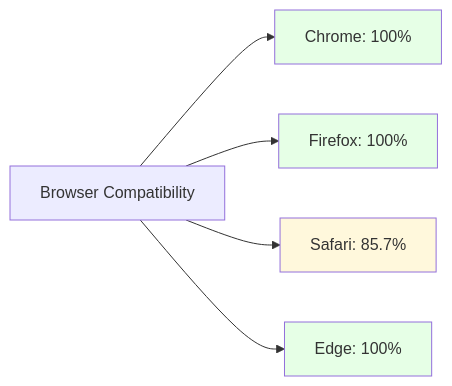
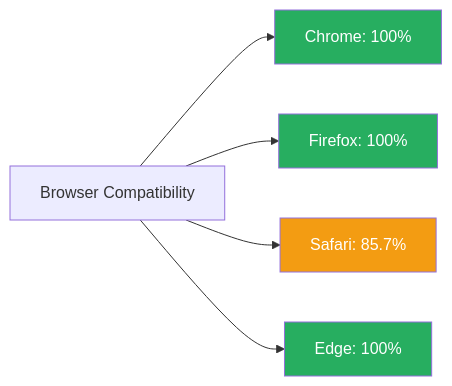
The fifth of 12 diagrams in visuals/clean-project-overview.md (Tasmimdristy7/qa-lifecycle-suite), drawn with Mermaid before and after one commit. The commit also changed other lines of this file and 3 other files, not shown here.

````diff
--- a/visuals/clean-project-overview.md
+++ b/visuals/clean-project-overview.md
@@ -135,12 +135,12 @@
 ```mermaid
 graph LR
     A[Browser Compatibility] --> B[Chrome: 100%]
     A --> C[Firefox: 100%]
     A --> D[Safari: 85.7%]
     A --> E[Edge: 100%]
     
-    style B fill:#e6ffe6
-    style C fill:#e6ffe6
-    style D fill:#fff8dc
-    style E fill:#e6ffe6
+    style B fill:#27ae60,color:#ffffff
+    style C fill:#27ae60,color:#ffffff
+    style D fill:#f39c12,color:#ffffff
+    style E fill:#27ae60,color:#ffffff
 ```
````
